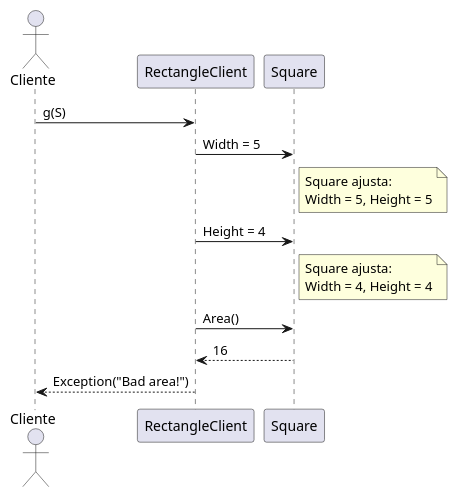
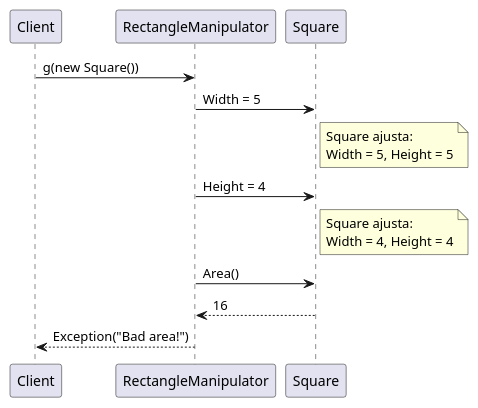
Before and after one commit to uca-gii/gii-dss: the seventh of 7 diagrams in slides/diseno/principios.md, drawn with PlantUML. The commit also changed other lines of this file, not shown here.

Commit message:
Refactor principios.md: mejorar la claridad y consistencia en la representación de clases y relaciones, y corregir la implementación de Rectangle y Square.

```diff
--- a/slides/diseno/principios.md
+++ b/slides/diseno/principios.md
@@ -1582,20 +1609,20 @@
 @startuml
-actor Cliente
-participant "RectangleClient" as G
+participant Client
+participant "RectangleManipulator" as G
 participant "Square" as S
 
-Cliente -> G : g(S)
+Client -> G : g(new Square())
 G -> S : Width = 5
 note right of S
-Square ajusta:
-Width = 5, Height = 5
+  Square ajusta:
+  Width = 5, Height = 5
 end note
 G -> S : Height = 4
 note right of S
-Square ajusta:
-Width = 4, Height = 4
+  Square ajusta:
+  Width = 4, Height = 4
 end note
 G -> S : Area()
 S --> G : 16
-G --> Cliente : Exception("Bad area!")
+G --> Client : Exception("Bad area!")
 @enduml
```
